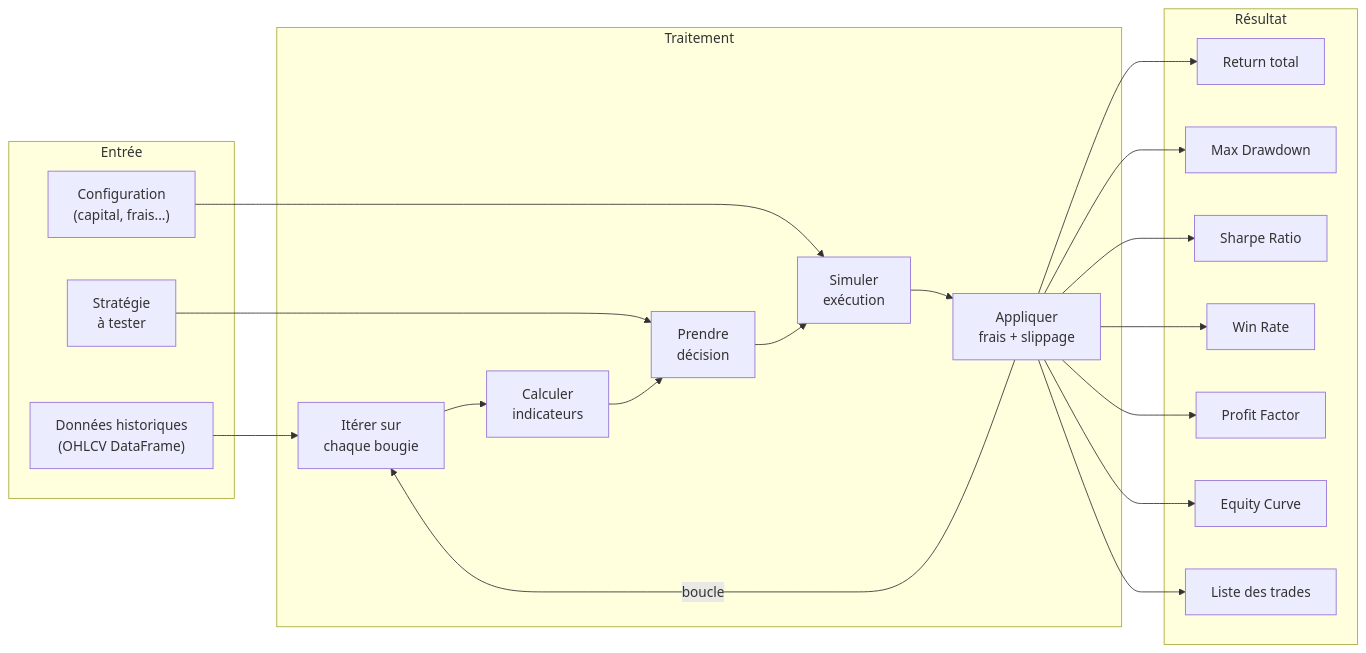
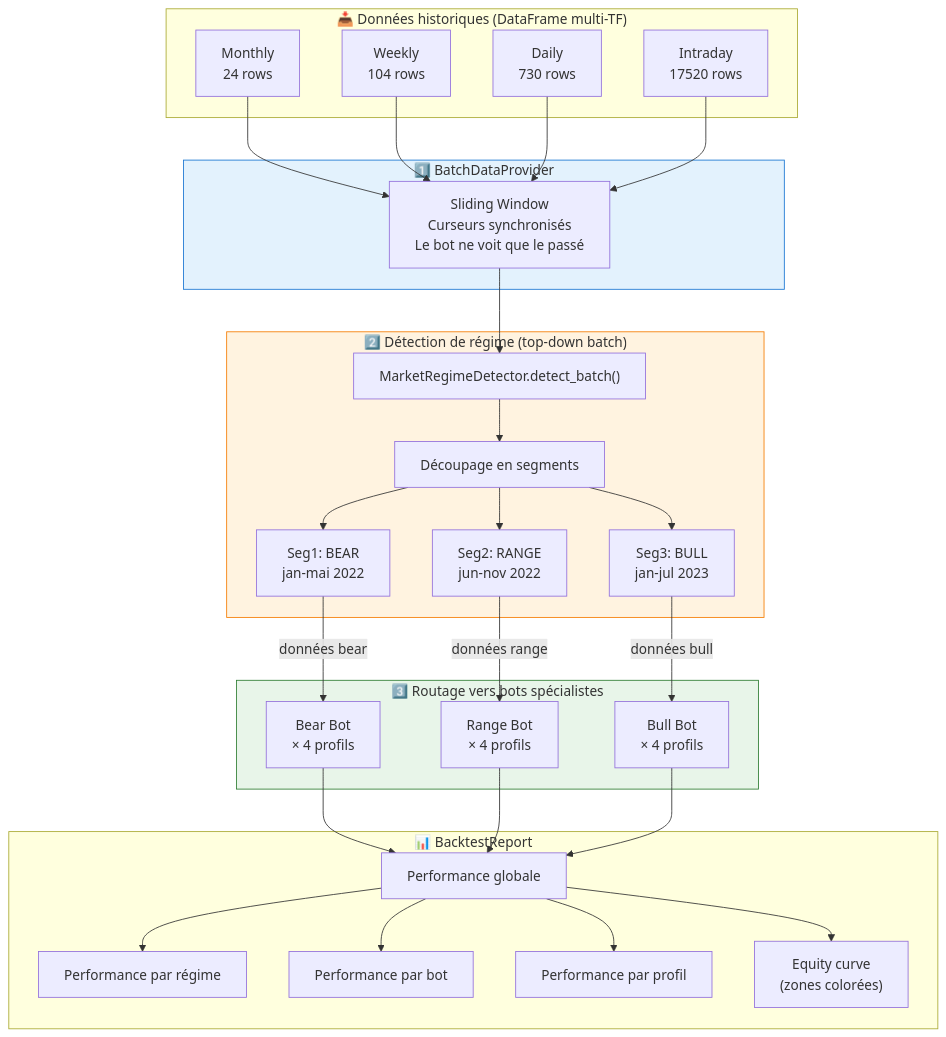
The ninth of 14 diagrams in docs/DIAGRAMS.md (tonysla37/my_trading_bot), drawn with Mermaid before and after one commit. The commit also changed other lines of this file and 2 other files, not shown here.

First line of the commit message:
docs: enhance architecture with market regime detector, specialist bots, and detailed diagrams

````diff
--- a/docs/DIAGRAMS.md
+++ b/docs/DIAGRAMS.md
@@ -405,41 +484,62 @@
 ```mermaid
-flowchart LR
-    subgraph Input["Entrée"]
-        HD["Données historiques<br/>(OHLCV DataFrame)"]
-        ST["Stratégie<br/>à tester"]
-        CF["Configuration<br/>(capital, frais...)"]
+flowchart TB
+    subgraph Input["📥 Données historiques (DataFrame multi-TF)"]
+        DM["Monthly<br/>24 rows"]
+        DW["Weekly<br/>104 rows"]
+        DD["Daily<br/>730 rows"]
+        DI["Intraday<br/>17520 rows"]
     end
 
-    subgraph Process["Traitement"]
-        ITER["Itérer sur<br/>chaque bougie"]
-        CALC["Calculer<br/>indicateurs"]
-        DEC["Prendre<br/>décision"]
-        SIM["Simuler<br/>exécution"]
-        FEE["Appliquer<br/>frais + slippage"]
+    subgraph Step1["1️⃣ BatchDataProvider"]
+        BDP["Sliding Window<br/>Curseurs synchronisés<br/>Le bot ne voit que le passé"]
     end
 
-    subgraph Output["Résultat"]
-        RET["Return total"]
-        DD["Max Drawdown"]
-        SR["Sharpe Ratio"]
-        WR["Win Rate"]
-        PF["Profit Factor"]
-        EC["Equity Curve"]
-        TL["Liste des trades"]
+    subgraph Step2["2️⃣ Détection de régime (top-down batch)"]
+        MRD_B["MarketRegimeDetector.detect_batch()"]
+        SEG["Découpage en segments"]
+        S1["Seg1: BEAR<br/>jan-mai 2022"]
+        S2["Seg2: RANGE<br/>jun-nov 2022"]
+        S3["Seg3: BULL<br/>jan-jul 2023"]
     end
 
-    HD --> ITER
-    ST --> DEC
-    CF --> SIM
+    subgraph Step3["3️⃣ Routage vers bots spécialistes"]
+        BEAR_B["Bear Bot<br/>× 4 profils"]
+        RANGE_B["Range Bot<br/>× 4 profils"]
+        BULL_B["Bull Bot<br/>× 4 profils"]
+    end
 
-    ITER --> CALC --> DEC --> SIM --> FEE
-    FEE -->|"boucle"| ITER
+    subgraph Output["📊 BacktestReport"]
+        GLOBAL["Performance globale"]
+        PER_REG["Performance par régime"]
+        PER_BOT["Performance par bot"]
+        PER_RISK["Performance par profil"]
+        EQ["Equity curve<br/>(zones colorées)"]
+    end
 
-    FEE --> RET
-    FEE --> DD
-    FEE --> SR
-    FEE --> WR
-    FEE --> PF
-    FEE --> EC
-    FEE --> TL
+    DM --> BDP
+    DW --> BDP
+    DD --> BDP
+    DI --> BDP
+
+    BDP --> MRD_B
+    MRD_B --> SEG
+    SEG --> S1
+    SEG --> S2
+    SEG --> S3
+
+    S1 -->|"données bear"| BEAR_B
+    S2 -->|"données range"| RANGE_B
+    S3 -->|"données bull"| BULL_B
+
+    BEAR_B --> GLOBAL
+    RANGE_B --> GLOBAL
+    BULL_B --> GLOBAL
+    GLOBAL --> PER_REG
+    GLOBAL --> PER_BOT
+    GLOBAL --> PER_RISK
+    GLOBAL --> EQ
+
+    style Step1 fill:#e3f2fd,stroke:#1976d2
+    style Step2 fill:#fff3e0,stroke:#f57c00
+    style Step3 fill:#e8f5e9,stroke:#2e7d32
 ```
````
